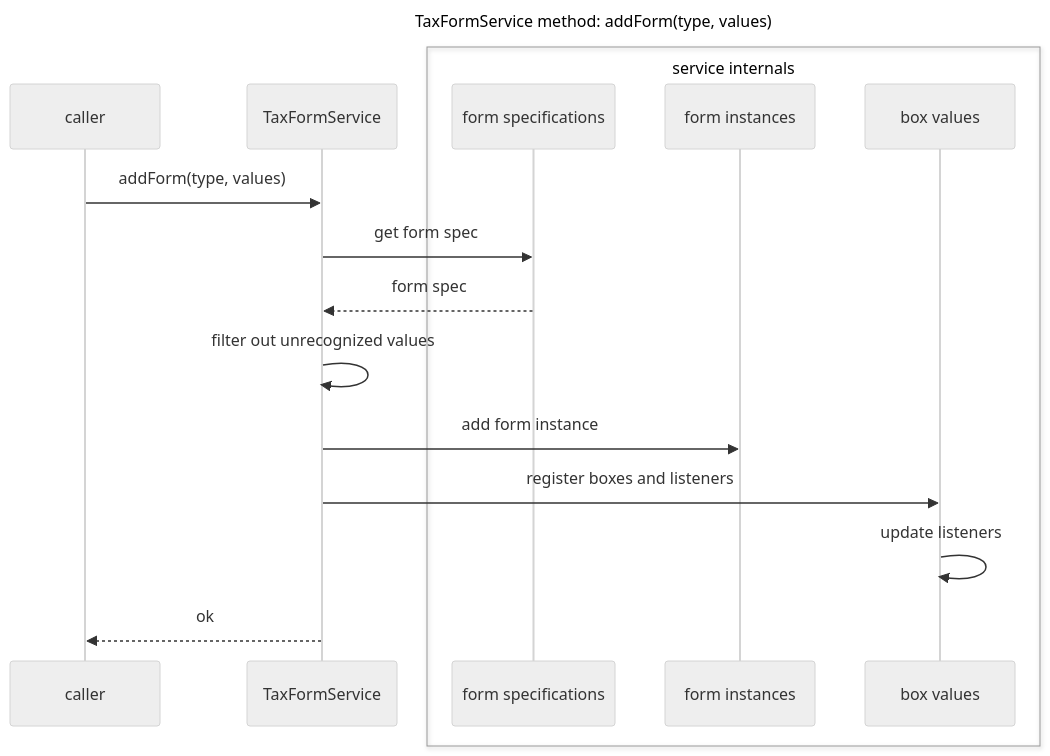
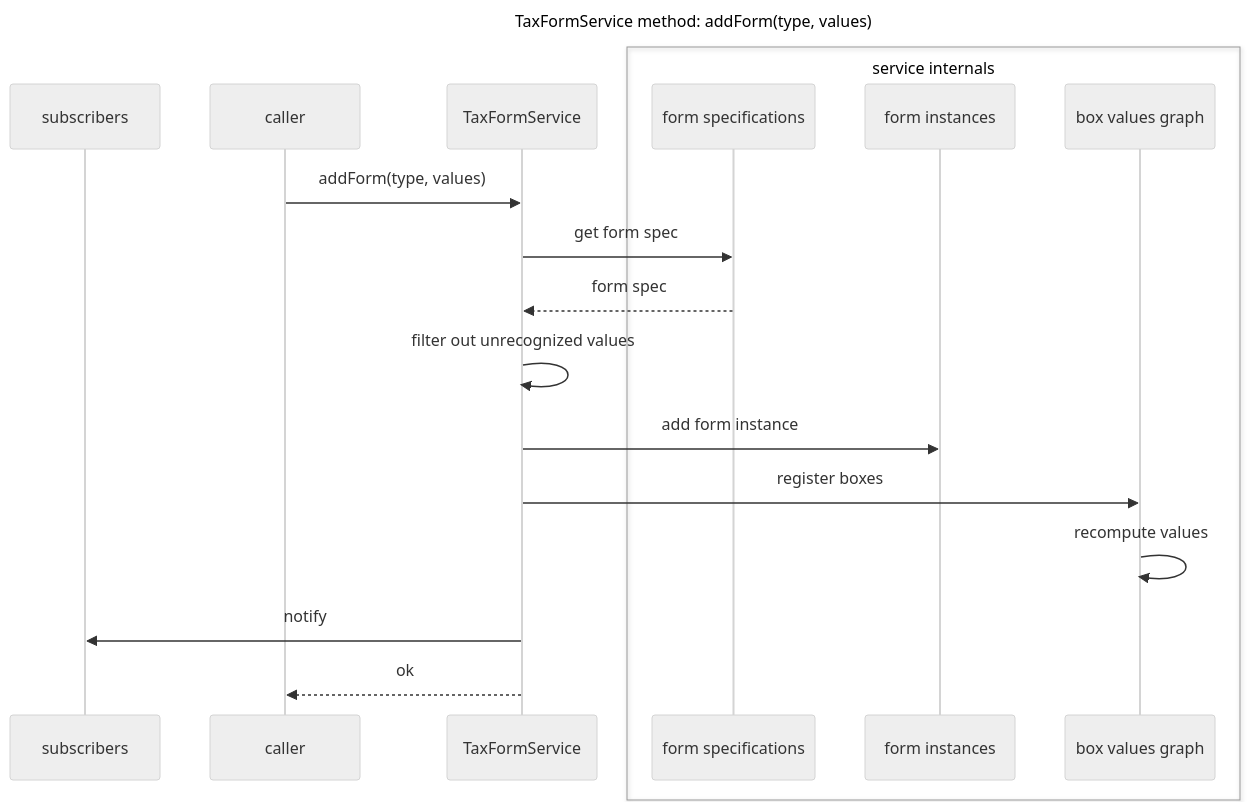
The third of 9 diagrams in plan/index.md (wllmwu/thumbtax), drawn with Mermaid (neutral theme) before and after one commit. The commit also changed other lines of this file, not shown here.

Commit message:
Claude: explicit dependency graph in service

````diff
--- a/plan/index.md
+++ b/plan/index.md
@@ -342,22 +338,24 @@
 ```mermaid
 ---
 title: "TaxFormService method: addForm(type, values)"
 ---
 sequenceDiagram
+  participant subscribers
   participant caller
   participant service as TaxFormService
   box service internals
   participant specs as form specifications
   participant instances as form instances
-  participant values as box values
+  participant values as box values graph
   end
 
   caller->>service: addForm(type, values)
   service->>specs: get form spec
   specs-->>service: form spec
   service->>service: filter out unrecognized values
   service->>instances: add form instance
-  service->>values: register boxes and listeners
-  values->>values: update listeners
+  service->>values: register boxes
+  values->>values: recompute values
+  service->>subscribers: notify
   service-->>caller: ok
 ```
````
